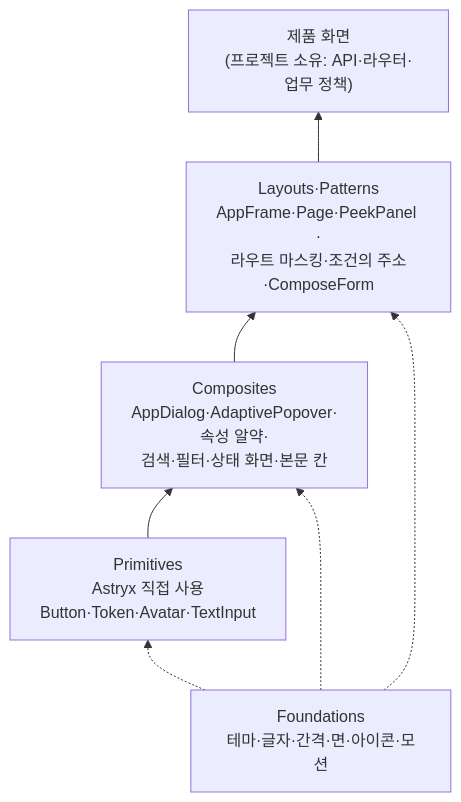
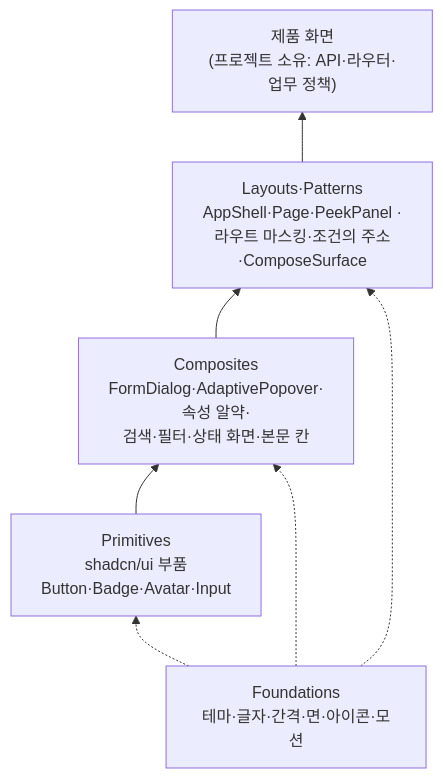
The first of 2 diagrams in apps/site/content/architecture/8-8.mdx (dev-goraebap/dev.goraebap), drawn with Mermaid before and after one commit. The commit also changed other lines of this file and 79 other files, not shown here.

````diff
--- a/apps/site/content/architecture/8-8.mdx
+++ b/apps/site/content/architecture/8-8.mdx
@@ -14,12 +14,12 @@
 ```mermaid
 flowchart BT
-  PRIM["Primitives<br/>Astryx 직접 사용<br/>Button·Token·Avatar·TextInput"]
-  COMP["Composites<br/>AppDialog·AdaptivePopover·속성 알약·<br/>검색·필터·상태 화면·본문 칸"]
-  LAY["Layouts·Patterns<br/>AppFrame·Page·PeekPanel ·<br/>라우트 마스킹·조건의 주소·ComposeForm"]
+  PRIM["Primitives<br/>shadcn/ui 부품<br/>Button·Badge·Avatar·Input"]
+  COMP["Composites<br/>FormDialog·AdaptivePopover·속성 알약·<br/>검색·필터·상태 화면·본문 칸"]
+  LAY["Layouts·Patterns<br/>AppShell·Page·PeekPanel ·<br/>라우트 마스킹·조건의 주소·ComposeSurface"]
   SCREEN["제품 화면<br/>(프로젝트 소유: API·라우터·업무 정책)"]
   FOUND["Foundations<br/>테마·글자·간격·면·아이콘·모션"]
   PRIM --> COMP --> LAY --> SCREEN
   FOUND -.-> PRIM
   FOUND -.-> COMP
   FOUND -.-> LAY
 ```
````
